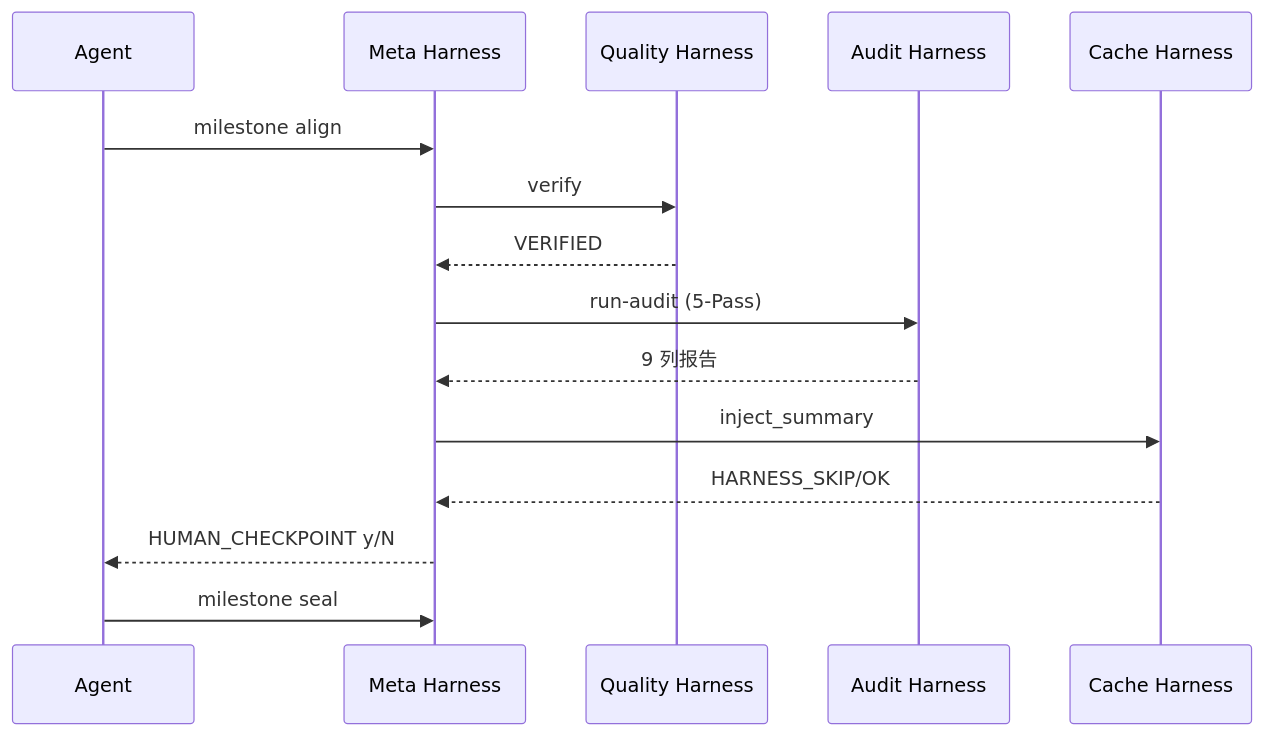
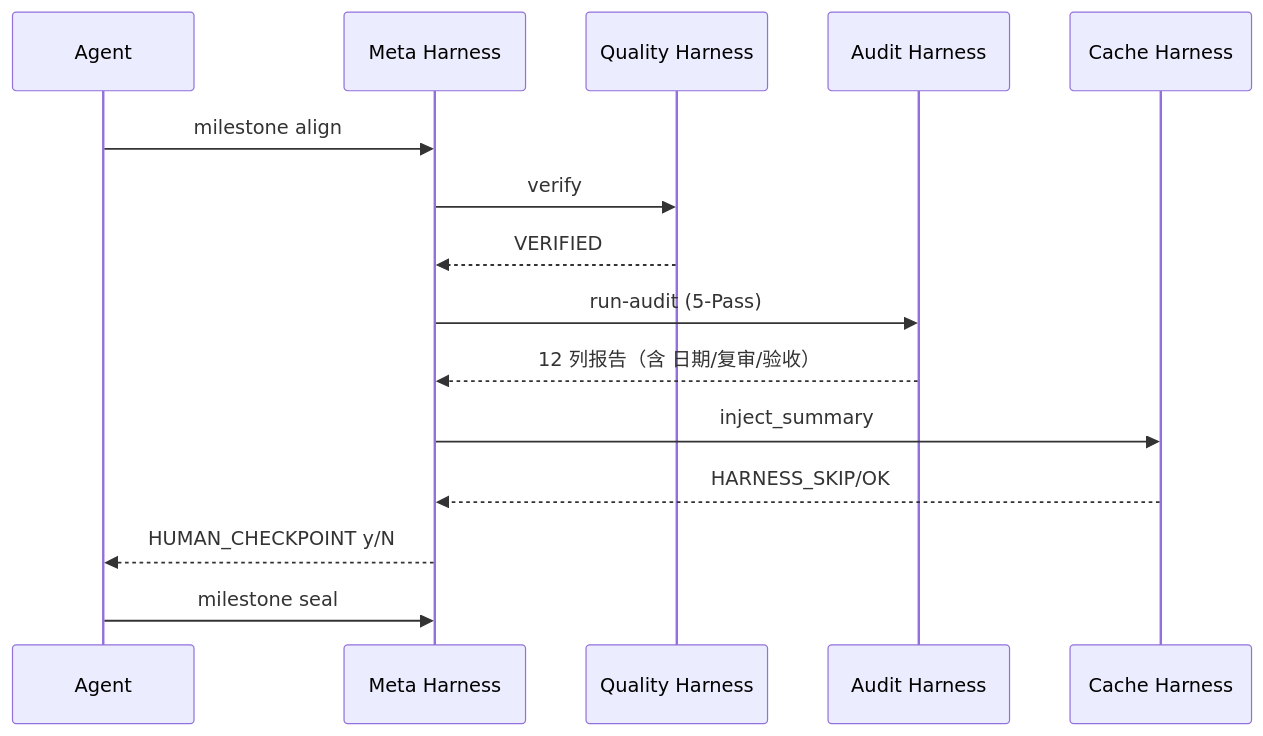
One commit to jamieplus/k3dge changed the sixth of 6 diagrams in docs/architecture/overview.md. Above: the diagram before and after it, drawn with Mermaid. The commit also changed 53 other files, not shown here.

````diff
--- a/docs/architecture/overview.md
+++ b/docs/architecture/overview.md
@@ -100,17 +100,17 @@
 ```mermaid
 sequenceDiagram
     participant Agent
     participant Meta as Meta Harness
     participant Quality as Quality Harness
     participant Audit as Audit Harness
     participant Cache as Cache Harness
     Agent->>Meta: milestone align
     Meta->>Quality: verify
     Quality-->>Meta: VERIFIED
     Meta->>Audit: run-audit (5-Pass)
-    Audit-->>Meta: 9 列报告
+    Audit-->>Meta: 12 列报告（含 日期/复审/验收）
     Meta->>Cache: inject_summary
     Cache-->>Meta: HARNESS_SKIP/OK
     Meta-->>Agent: HUMAN_CHECKPOINT y/N
     Agent->>Meta: milestone seal
 ```
````
